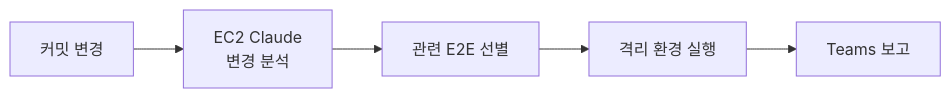
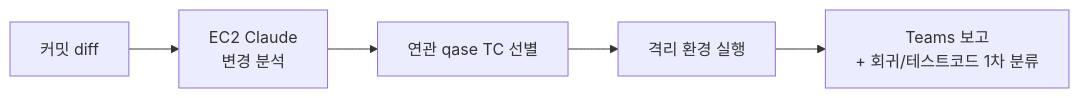
The fourth of 4 diagrams in portfolio.md (crowwan/resume), drawn with Mermaid before and after one commit. The commit also changed other lines of this file, not shown here.

````diff
--- a/portfolio.md
+++ b/portfolio.md
@@ -141,7 +141,7 @@
 ```mermaid
 flowchart LR
-  Commit["커밋 변경"] --> Claude["EC2 Claude<br/>변경 분석"]
-  Claude --> Select["관련 E2E 선별"]
+  Commit["커밋 diff"] --> Claude["EC2 Claude<br/>변경 분석"]
+  Claude --> Select["연관 qase TC 선별"]
   Select --> Run["격리 환경 실행"]
-  Run --> Teams["Teams 보고"]
+  Run --> Teams["Teams 보고<br/>+ 회귀/테스트코드 1차 분류"]
 ```
````
